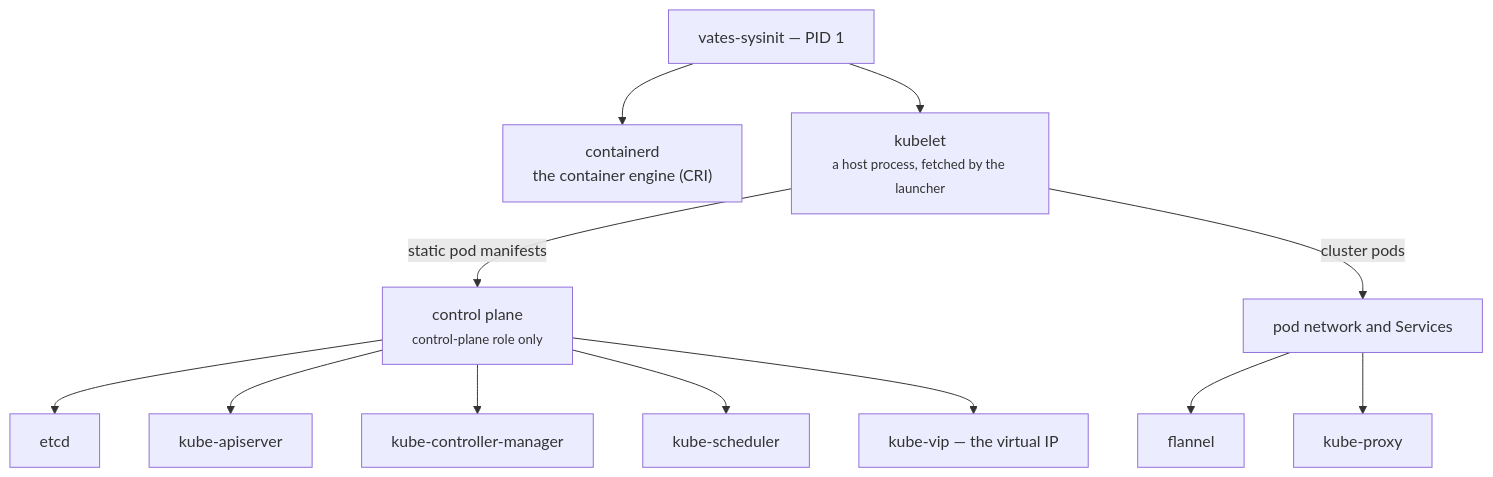
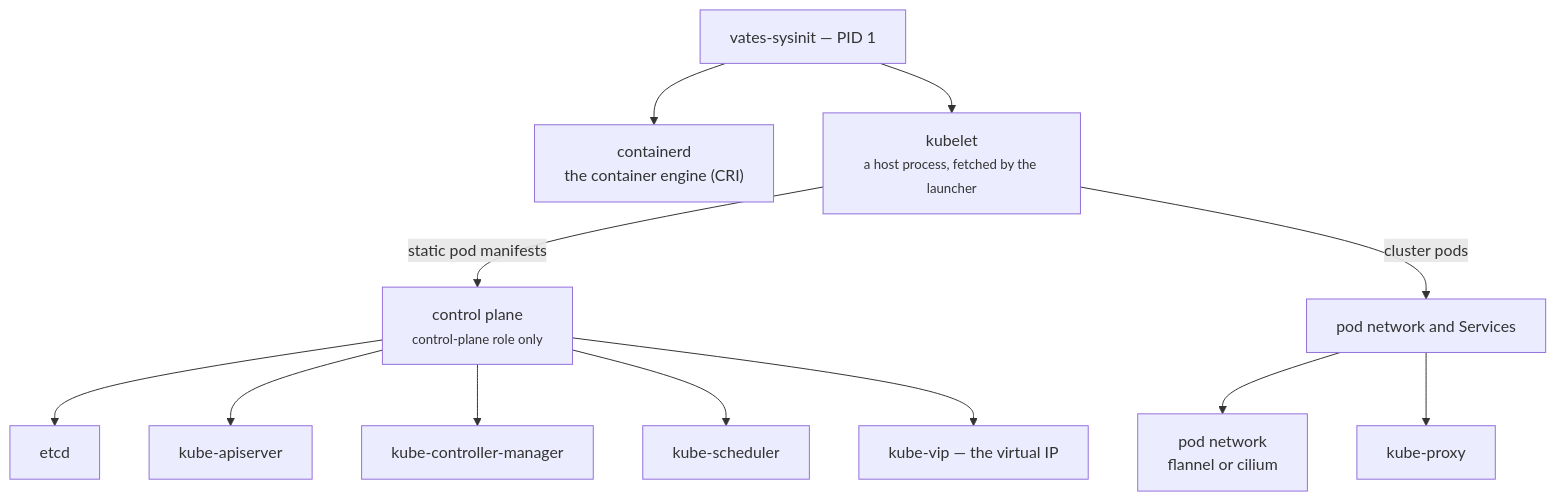
The second of 3 diagrams in docs/ARCHITECTURE.md (littlejo/vates-kube-os), drawn with Mermaid before and after one commit. The commit also changed other lines of this file and 12 other files, not shown here.

````diff
--- a/docs/ARCHITECTURE.md
+++ b/docs/ARCHITECTURE.md
@@ -52,19 +52,19 @@
 ```mermaid
 flowchart TD
     pid1["vates-sysinit — PID 1"]
 
     pid1 --> containerd["containerd<br/>the container engine (CRI)"]
     pid1 --> kubelet["kubelet<br/><small>a host process, fetched by the launcher</small>"]
 
     kubelet -->|"static pod manifests"| cp["control plane<br/><small>control-plane role only</small>"]
     kubelet -->|"cluster pods"| net["pod network and Services"]
 
     cp --> etcd["etcd"]
     cp --> api["kube-apiserver"]
     cp --> cm["kube-controller-manager"]
     cp --> sched["kube-scheduler"]
     cp --> vip["kube-vip — the virtual IP"]
 
-    net --> flannel["flannel"]
+    net --> cni["pod network<br/>flannel or cilium"]
     net --> kproxy["kube-proxy"]
 ```
````
